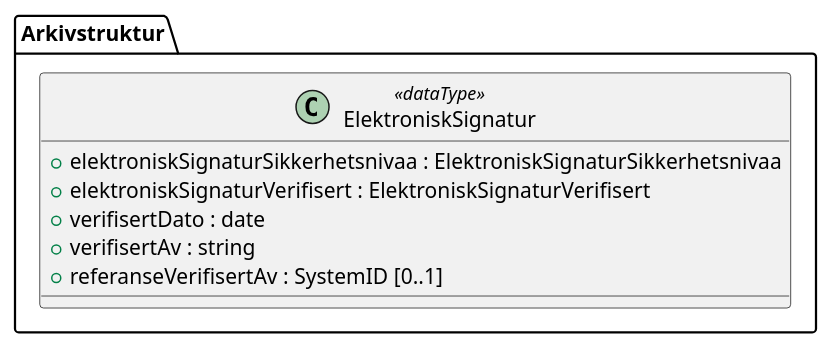
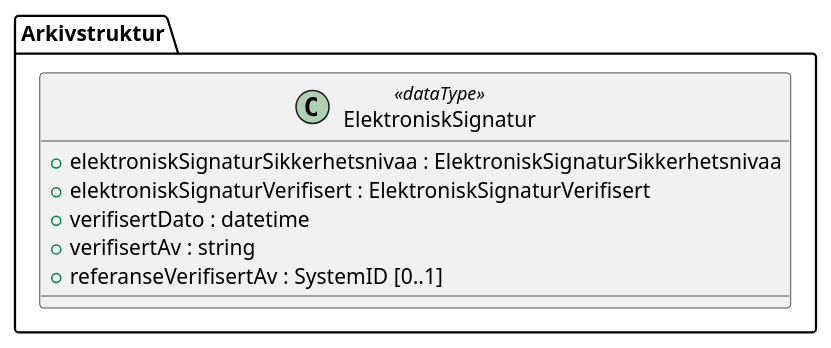
Before and after one commit to arkivverket/noark5-tjenestegrensesnitt-standard: the diagram in kapitler/media/uml-datatype-elektronisksignatur.iuml, drawn with PlantUML. The commit also changed 23 other files, not shown here.

First line of the commit message:
Change all date types to datetime to match Noark 5

```diff
--- a/kapitler/media/uml-datatype-elektronisksignatur.iuml
+++ b/kapitler/media/uml-datatype-elektronisksignatur.iuml
@@ -1,9 +1,9 @@
 @startuml
 class Arkivstruktur.ElektroniskSignatur <<dataType>> {
   +elektroniskSignaturSikkerhetsnivaa : ElektroniskSignaturSikkerhetsnivaa
   +elektroniskSignaturVerifisert : ElektroniskSignaturVerifisert
-  +verifisertDato : date
+  +verifisertDato : datetime
   +verifisertAv : string
   +referanseVerifisertAv : SystemID [0..1]
 }
 @enduml
```
